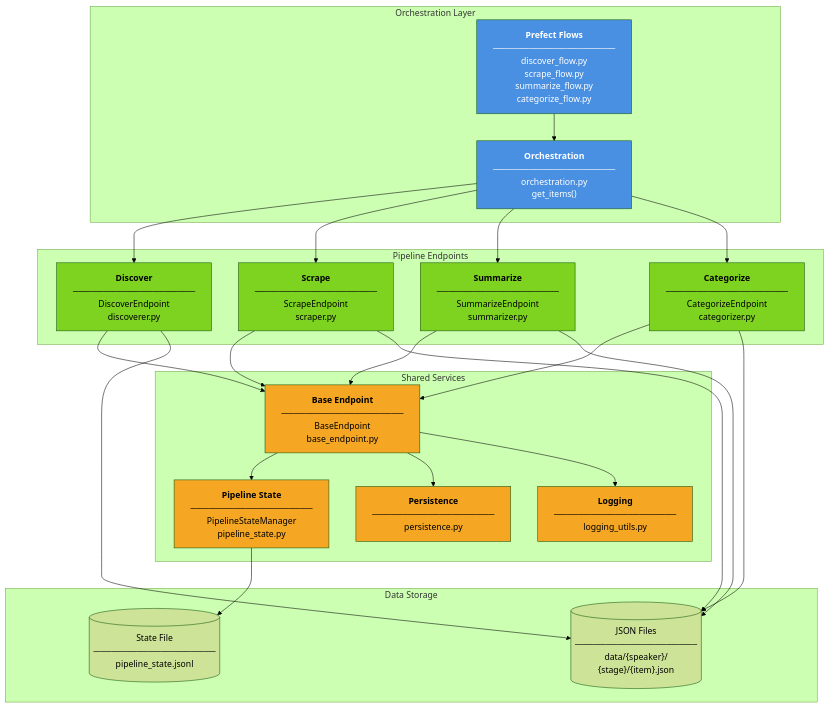
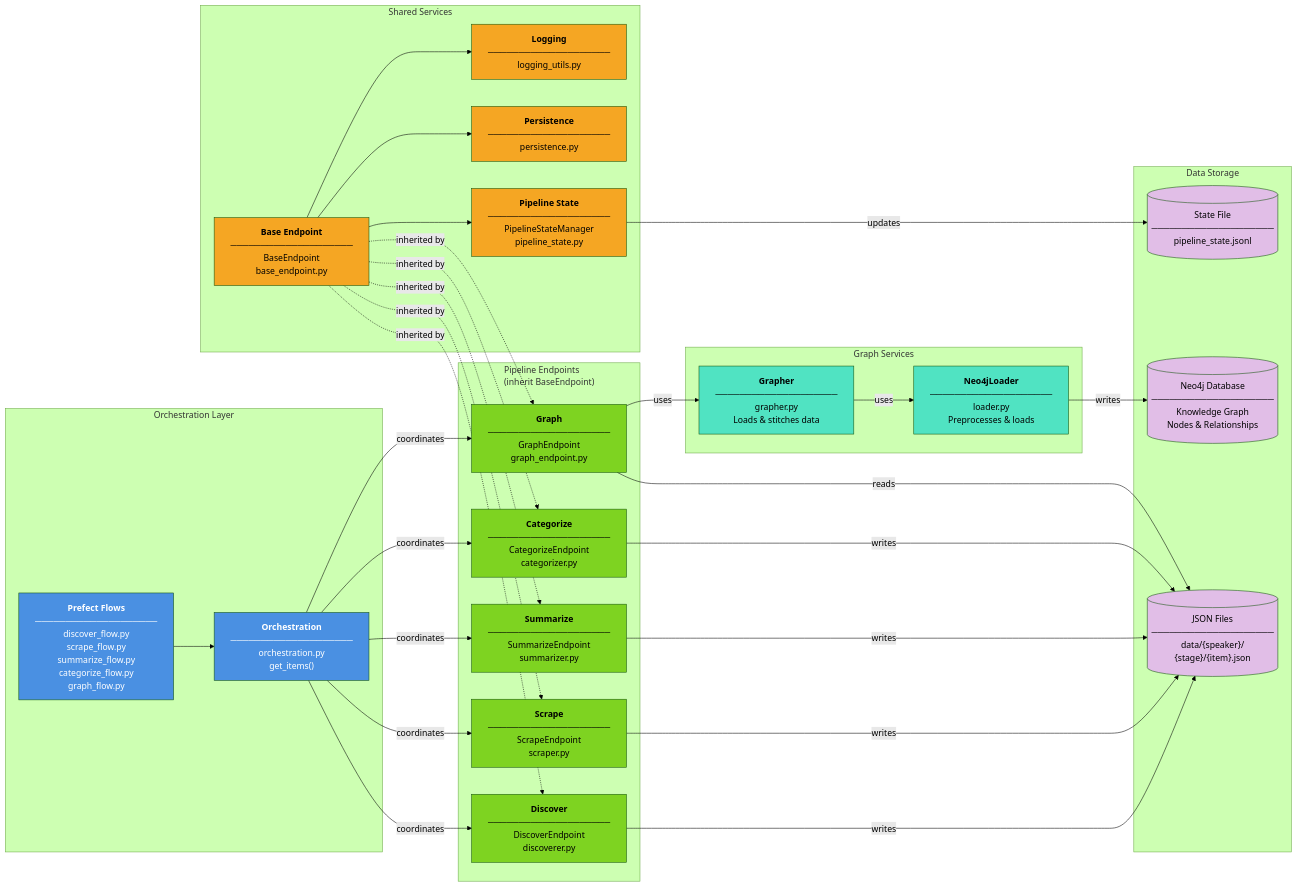
Before and after one commit to dmitriyratu/DiscourseKG: the second of 4 diagrams in documentation/architecture.md, drawn with Mermaid (forest theme). The commit also changed other lines of this file and 18 other files, not shown here.

````diff
--- a/documentation/architecture.md
+++ b/documentation/architecture.md
@@ -13,59 +93,78 @@
 ```mermaid
-graph TB
-    subgraph "Orchestration Layer"
-        PF["<b>Prefect Flows</b><br/>────────────────────<br/>discover_flow.py<br/>scrape_flow.py<br/>summarize_flow.py<br/>categorize_flow.py"]
+graph LR
+    subgraph ORCH_LAYER["Orchestration Layer"]
+        PF["<b>Prefect Flows</b><br/>────────────────────<br/>discover_flow.py<br/>scrape_flow.py<br/>summarize_flow.py<br/>categorize_flow.py<br/>graph_flow.py"]
         ORCH["<b>Orchestration</b><br/>────────────────────<br/>orchestration.py<br/>get_items()"]
     end
     
-    subgraph "Pipeline Endpoints"
+    subgraph ENDPOINT_LAYER["Pipeline Endpoints<br/>(inherit BaseEndpoint)"]
         DISC["<b>Discover</b><br/>────────────────────<br/>DiscoverEndpoint<br/>discoverer.py"]
         SCRP["<b>Scrape</b><br/>────────────────────<br/>ScrapeEndpoint<br/>scraper.py"]
         SUMM["<b>Summarize</b><br/>────────────────────<br/>SummarizeEndpoint<br/>summarizer.py"]
         CATG["<b>Categorize</b><br/>────────────────────<br/>CategorizeEndpoint<br/>categorizer.py"]
+        GRAPH["<b>Graph</b><br/>────────────────────<br/>GraphEndpoint<br/>graph_endpoint.py"]
     end
     
-    subgraph "Shared Services"
+    subgraph SERVICE_LAYER["Shared Services"]
+        BASE["<b>Base Endpoint</b><br/>────────────────────<br/>BaseEndpoint<br/>base_endpoint.py"]
         STATE["<b>Pipeline State</b><br/>────────────────────<br/>PipelineStateManager<br/>pipeline_state.py"]
         PERS["<b>Persistence</b><br/>────────────────────<br/>persistence.py"]
-        BASE["<b>Base Endpoint</b><br/>────────────────────<br/>BaseEndpoint<br/>base_endpoint.py"]
         LOG["<b>Logging</b><br/>────────────────────<br/>logging_utils.py"]
     end
     
-    subgraph "Data Storage"
+    subgraph GRAPH_SERVICES["Graph Services"]
+        GRAPHER["<b>Grapher</b><br/>────────────────────<br/>grapher.py<br/>Loads & stitches data"]
+        NEO4J_LOADER["<b>Neo4jLoader</b><br/>────────────────────<br/>loader.py<br/>Preprocesses & loads"]
+    end
+    
+    subgraph STORAGE_LAYER["Data Storage"]
         FILES[("JSON Files<br/>────────────────────<br/>data/{speaker}/<br/>{stage}/{item}.json")]
         STFILE[("State File<br/>────────────────────<br/>pipeline_state.jsonl")]
+        NEO4J_DB[("Neo4j Database<br/>────────────────────<br/>Knowledge Graph<br/>Nodes & Relationships")]
     end
     
     PF --> ORCH
-    ORCH --> DISC
-    ORCH --> SCRP
-    ORCH --> SUMM
-    ORCH --> CATG
+    ORCH -->|"coordinates"| DISC
+    ORCH -->|"coordinates"| SCRP
+    ORCH -->|"coordinates"| SUMM
+    ORCH -->|"coordinates"| CATG
+    ORCH -->|"coordinates"| GRAPH
     
-    DISC --> BASE
-    SCRP --> BASE
-    SUMM --> BASE
-    CATG --> BASE
+    BASE -.->|"inherited by"| DISC
+    BASE -.->|"inherited by"| SCRP
+    BASE -.->|"inherited by"| SUMM
+    BASE -.->|"inherited by"| CATG
+    BASE -.->|"inherited by"| GRAPH
     
     BASE --> STATE
     BASE --> PERS
     BASE --> LOG
     
-    DISC --> FILES
-    SCRP --> FILES
-    SUMM --> FILES
-    CATG --> FILES
+    DISC -->|"writes"| FILES
+    SCRP -->|"writes"| FILES
+    SUMM -->|"writes"| FILES
+    CATG -->|"writes"| FILES
+    GRAPH -->|"reads"| FILES
+    GRAPH -->|"uses"| GRAPHER
+    GRAPHER -->|"uses"| NEO4J_LOADER
+    NEO4J_LOADER -->|"writes"| NEO4J_DB
     
-    STATE --> STFILE
+    STATE -->|"updates"| STFILE
     
     style PF fill:#4A90E2,color:#fff
     style ORCH fill:#4A90E2,color:#fff
     style DISC fill:#7ED321,color:#000
     style SCRP fill:#7ED321,color:#000
     style SUMM fill:#7ED321,color:#000
     style CATG fill:#7ED321,color:#000
+    style GRAPH fill:#7ED321,color:#000
     style STATE fill:#F5A623,color:#000
     style PERS fill:#F5A623,color:#000
     style BASE fill:#F5A623,color:#000
     style LOG fill:#F5A623,color:#000
+    style GRAPHER fill:#50E3C2,color:#000
+    style NEO4J_LOADER fill:#50E3C2,color:#000
+    style FILES fill:#E1BEE7,color:#000
+    style STFILE fill:#E1BEE7,color:#000
+    style NEO4J_DB fill:#E1BEE7,color:#000
 ```
````
